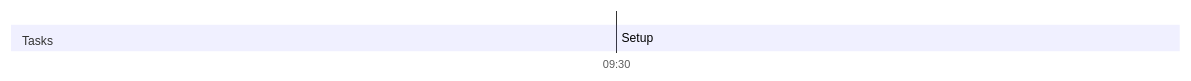
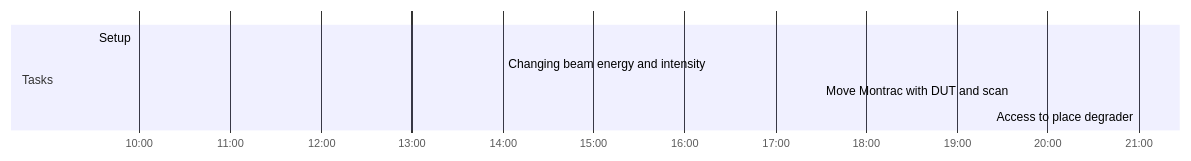
One commit to eliottjohnson/Obsidian-Vault changed the diagram in Fellowship/CHIMERA/ESA Ion Run 2022.md. Above: the diagram before and after it, drawn with Mermaid. The commit also changed other lines of this file and 3 other files, not shown here.

````diff
--- a/Fellowship/CHIMERA/ESA Ion Run 2022.md
+++ b/Fellowship/CHIMERA/ESA Ion Run 2022.md
@@ -98,10 +97,13 @@
 ```mermaid
 gantt
     dateFormat  HH-mm
     axisFormat %H:%M
-    %% Current Time: 11:14:27 AM
+    %% Current Time: 11:24:14 AM
     section Tasks
-    Setup     :09-30, 0mm
+    Setup     :09-30, 270mm
+    Changing beam energy and intensity     :14-00, 210mm
+    Move Montrac with DUT and scan     :17-30, 210mm
+    Access to place degrader     :21-00, 0mm
     section Breaks
 
 ```
````
